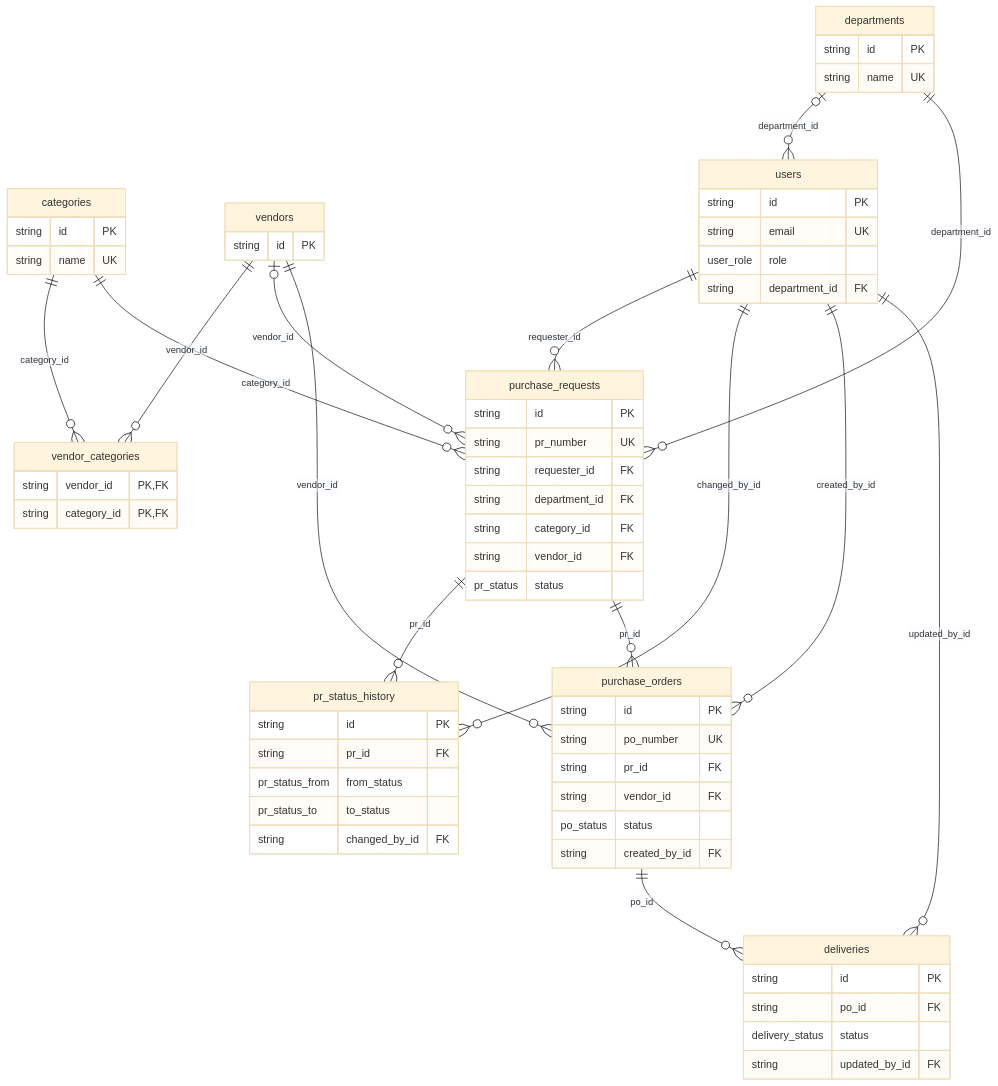
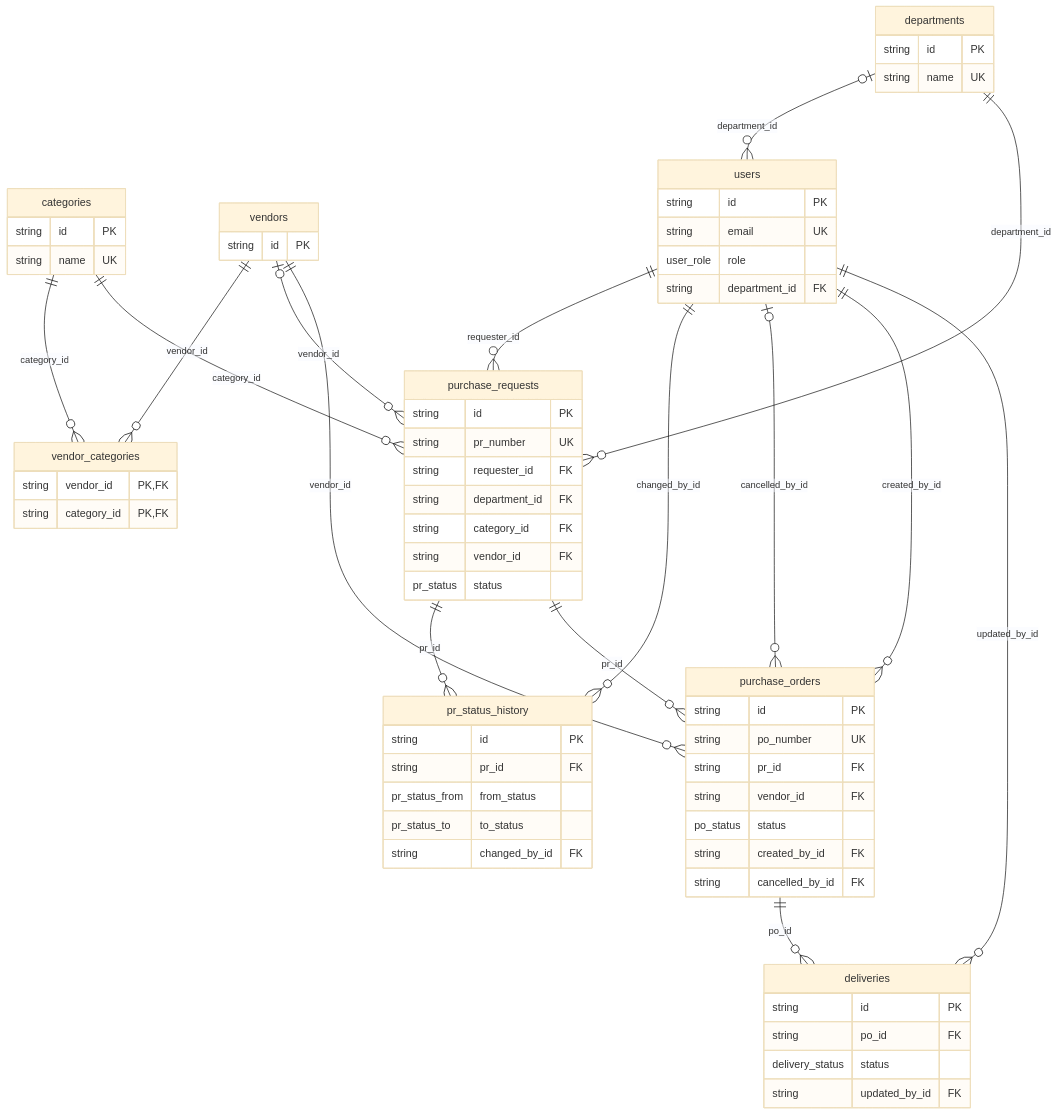
One commit to mohanraghu6699/procureflow changed the diagram in README.md. Above: the diagram before and after it, drawn with Mermaid (base theme). The commit also changed other lines of this file and 19 other files, not shown here.

First line of the commit message:
Purchase orders: cancel an unstarted PO (reason required), freeing the PR for a replacement

````diff
--- a/README.md
+++ b/README.md
@@ -89,68 +89,70 @@
 ```mermaid
 erDiagram
     categories {
         string id PK
         string name UK
     }
     departments {
         string id PK
         string name UK
     }
     vendors {
         string id PK
     }
     users {
         string id PK
         string email UK
         user_role role
         string department_id FK
     }
     vendor_categories {
         string vendor_id PK, FK
         string category_id PK, FK
     }
     purchase_requests {
         string id PK
         string pr_number UK
         string requester_id FK
         string department_id FK
         string category_id FK
         string vendor_id FK
         pr_status status
     }
     pr_status_history {
         string id PK
         string pr_id FK
         pr_status_from from_status
         pr_status_to to_status
         string changed_by_id FK
     }
     purchase_orders {
         string id PK
         string po_number UK
         string pr_id FK
         string vendor_id FK
         po_status status
         string created_by_id FK
+        string cancelled_by_id FK
     }
     deliveries {
         string id PK
         string po_id FK
         delivery_status status
         string updated_by_id FK
     }
     departments |o--o{ users : "department_id"
     categories ||--o{ vendor_categories : "category_id"
     vendors ||--o{ vendor_categories : "vendor_id"
     categories ||--o{ purchase_requests : "category_id"
     departments ||--o{ purchase_requests : "department_id"
     users ||--o{ purchase_requests : "requester_id"
     vendors |o--o{ purchase_requests : "vendor_id"
     users ||--o{ pr_status_history : "changed_by_id"
     purchase_requests ||--o{ pr_status_history : "pr_id"
+    users |o--o{ purchase_orders : "cancelled_by_id"
     users ||--o{ purchase_orders : "created_by_id"
     purchase_requests ||--o{ purchase_orders : "pr_id"
     vendors ||--o{ purchase_orders : "vendor_id"
     purchase_orders ||--o{ deliveries : "po_id"
     users ||--o{ deliveries : "updated_by_id"
 ```
````
